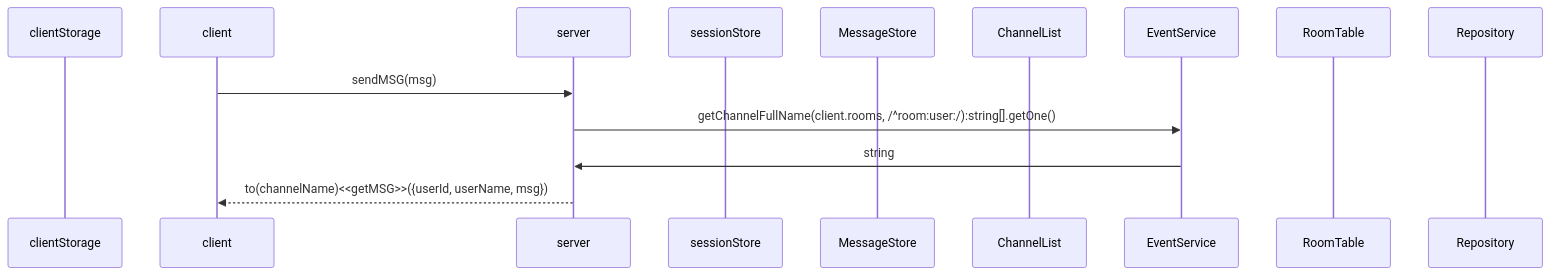
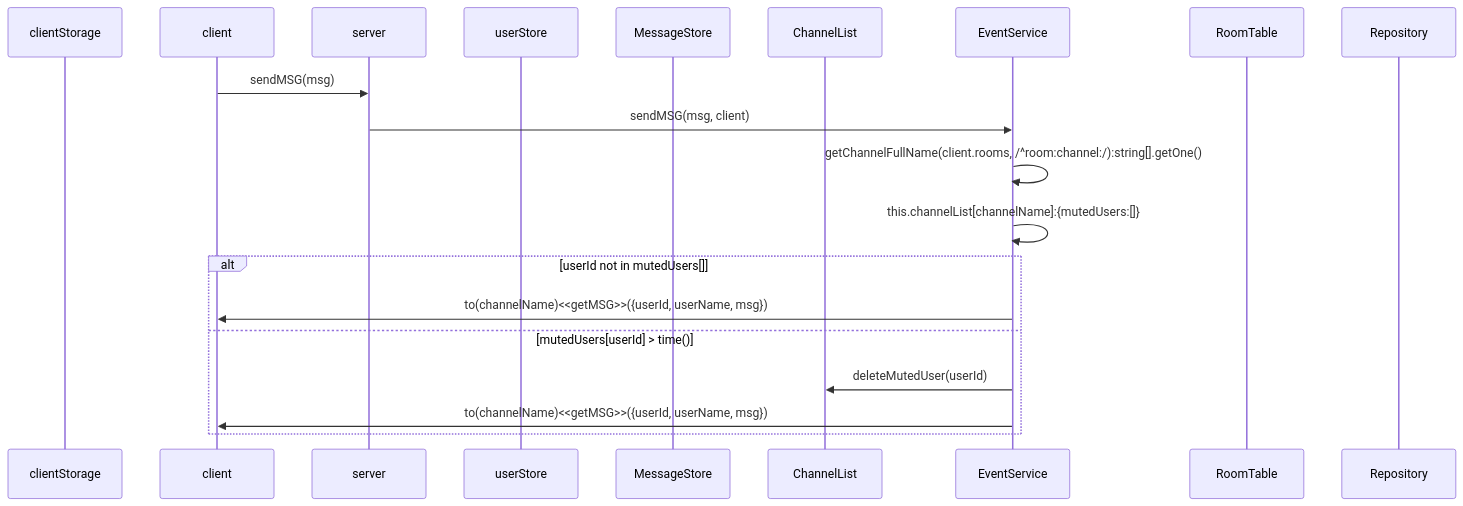
One commit to mtak0235/simmons_transcendence changed the tenth of 19 diagrams in backend/node/app/event.md. Above: the diagram before and after it, drawn with Mermaid. The commit also changed other lines of this file, not shown here.

````diff
--- a/backend/node/app/event.md
+++ b/backend/node/app/event.md
@@ -248,17 +262,23 @@
 ```mermaid
 sequenceDiagram
 participant cls as clientStorage
 participant c as client
 participant ga as server
-participant ss as sessionStore
+participant ss as userStore
 participant ms as MessageStore
 participant cns as ChannelList
 participant cs as EventService
 participant rt as RoomTable
 participant r as Repository
 
 c->>ga: sendMSG(msg)
-ga->>cs: getChannelFullName(client.rooms, /^room:user:/):string[].getOne()
-cs->> ga: string
-ga-->>c: to(channelName)<<getMSG>>({userId, userName, msg})
+ga->>cs: sendMSG(msg, client)
+cs->>cs: getChannelFullName(client.rooms, /^room:channel:/):string[].getOne()
+cs->>cs: this.channelList[channelName]:{mutedUsers:[]}
+alt userId not in mutedUsers[] 
+cs->>c: to(channelName)<<getMSG>>({userId, userName, msg})
+else  mutedUsers[userId] > time()
+cs->>cns: deleteMutedUser(userId)
+cs->>c: to(channelName)<<getMSG>>({userId, userName, msg})
+end
 ```
````
